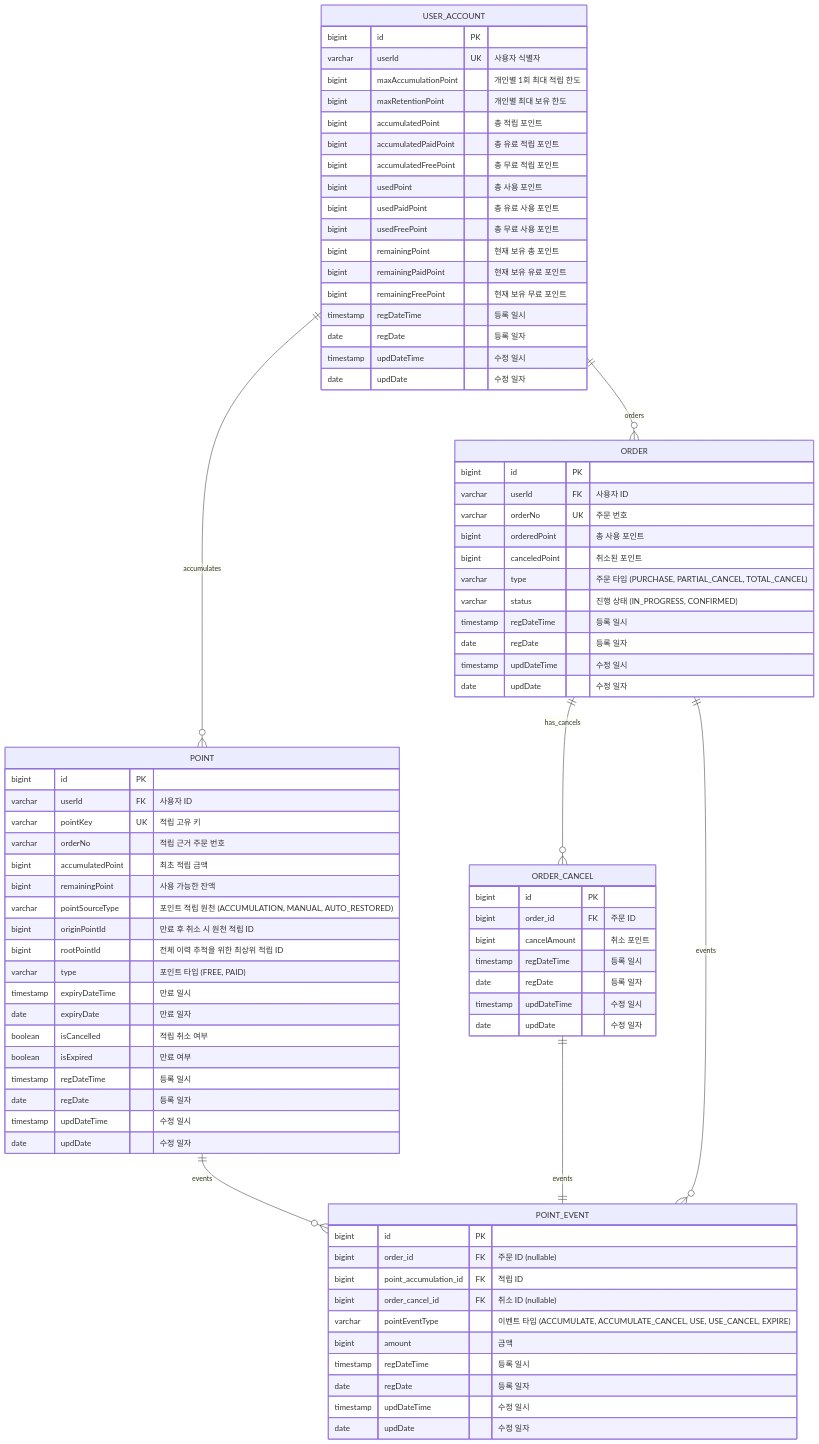
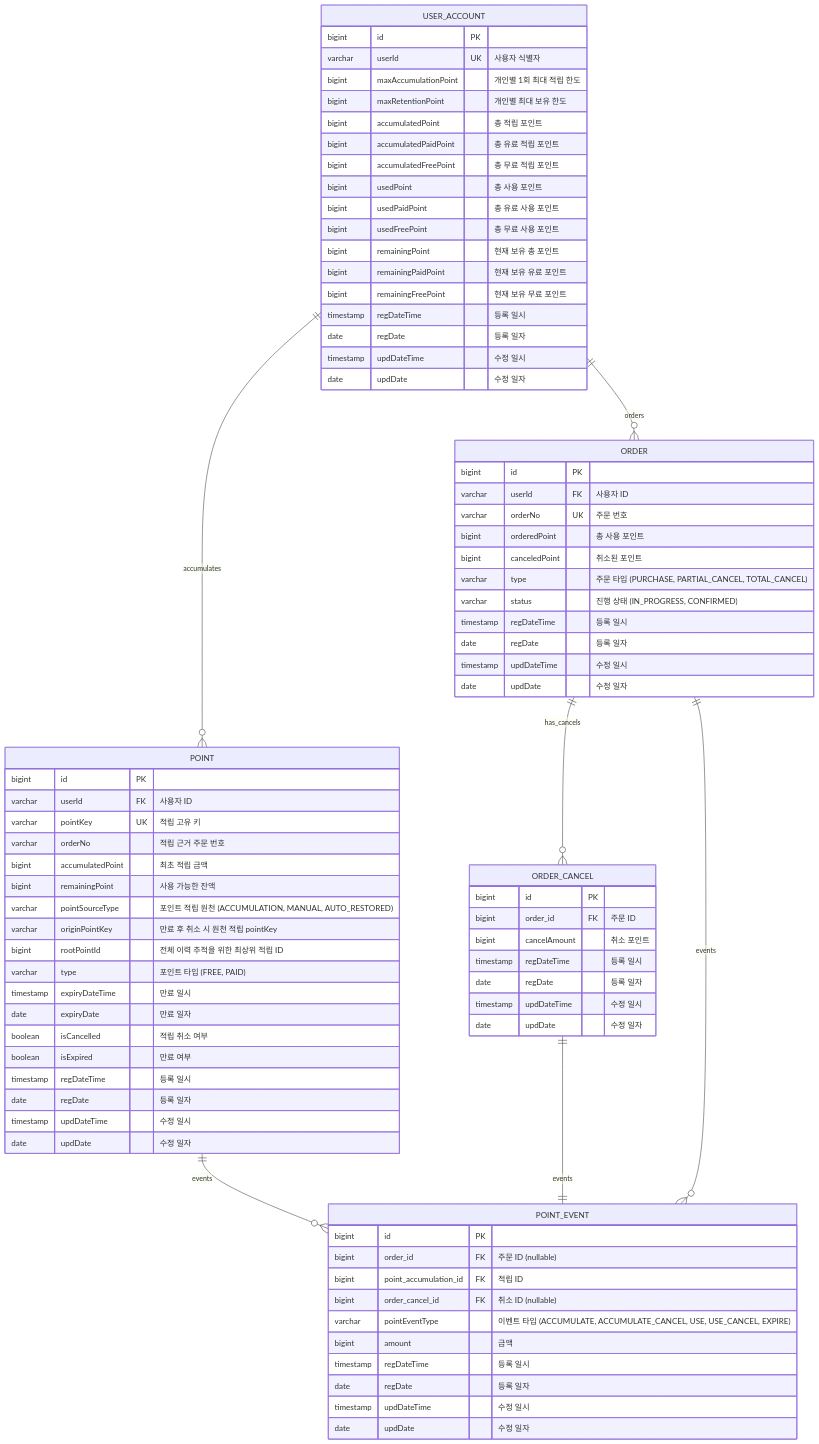
One commit to muzzaiwork/point changed the diagram in docs/데이터베이스 설계.md. Above: the diagram before and after it, drawn with Mermaid. The commit also changed other lines of this file and 12 other files, not shown here.

```diff
--- a/docs/데이터베이스 설계.md
+++ b/docs/데이터베이스 설계.md
@@ -39,7 +39,7 @@
         bigint accumulatedPoint "최초 적립 금액"
         bigint remainingPoint "사용 가능한 잔액"
         varchar pointSourceType "포인트 적립 원천 (ACCUMULATION, MANUAL, AUTO_RESTORED)"
-        bigint originPointId "만료 후 취소 시 원천 적립 ID"
+        varchar originPointKey "만료 후 취소 시 원천 적립 pointKey"
         bigint rootPointId "전체 이력 추적을 위한 최상위 적립 ID"
         varchar type "포인트 타입 (FREE, PAID)"
         timestamp expiryDateTime "만료 일시"
```
